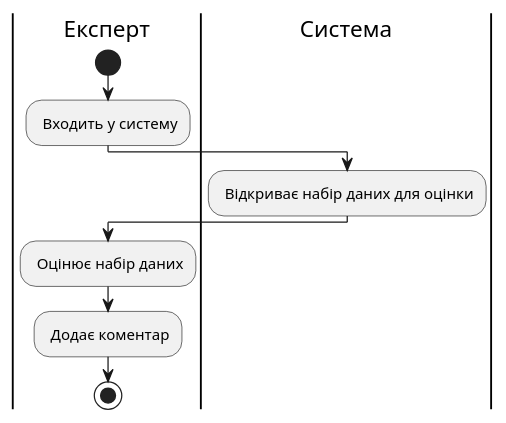
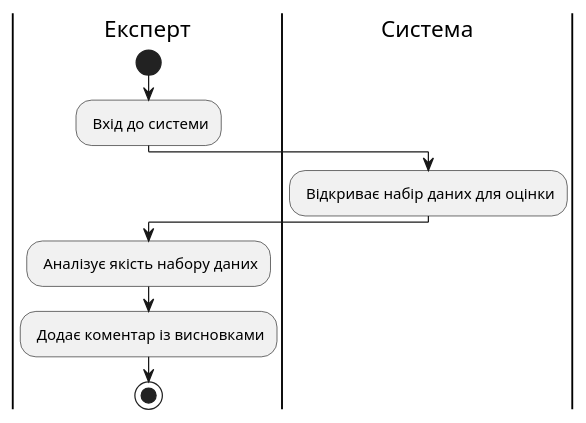
Before and after one commit to tyntyntynnnn/edu_db_labs: diagram 13 of 13 in docs/use cases/README.md, drawn with PlantUML. The commit also changed other lines of this file, not shown here.

Commit message:
diagrams

```diff
--- a/docs/use cases/README.md
+++ b/docs/use cases/README.md
@@ -562,16 +557,16 @@
 @startuml
 
-    |Експерт|
-    start;
-    : Входить у систему;
-    
-    |Система|
-    : Відкриває набір даних для оцінки;
-    
-    |Експерт|
-    : Оцінює набір даних;
-    : Додає коментар;
-    
-    stop;
+|Експерт|
+start;
+: Вхід до системи;
+
+|Система|
+: Відкриває набір даних для оцінки;
+
+|Експерт|
+: Аналізує якість набору даних;
+: Додає коментар із висновками;
+
+stop;
 
 @enduml
```
